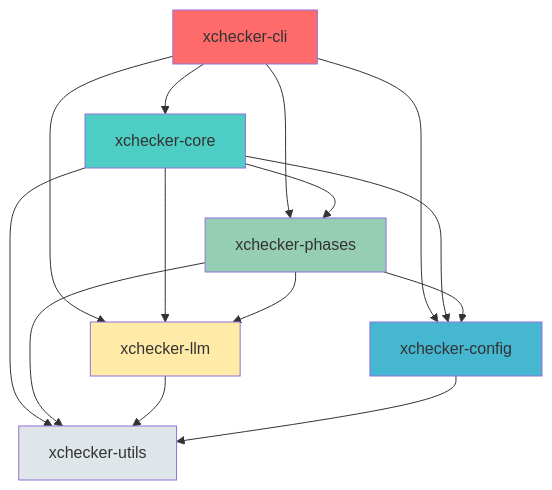
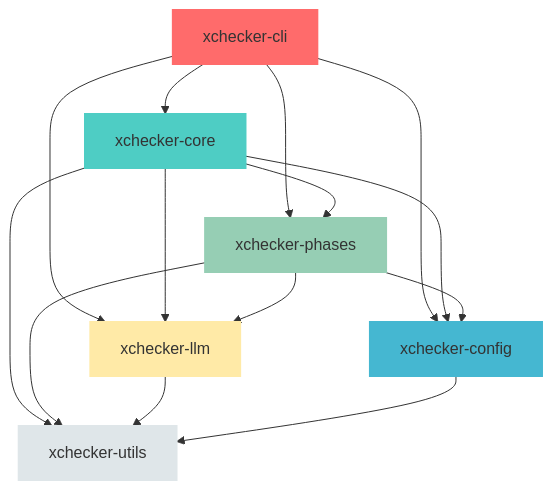
One commit to EffortlessMetrics/xchecker-dev changed the diagram in plans/modularization-report.md. Above: the diagram before and after it, drawn with Mermaid. The commit also changed other lines of this file and 5 other files, not shown here.

````diff
--- a/plans/modularization-report.md
+++ b/plans/modularization-report.md
@@ -168,27 +145,33 @@
 ```mermaid
 graph TD
     CLI[xchecker-cli] --> CORE[xchecker-core]
     CLI --> CONFIG[xchecker-config]
     CLI --> PHASES[xchecker-phases]
     CLI --> LLM[xchecker-llm]
     
     CORE --> CONFIG
     CORE --> PHASES
     CORE --> LLM
     CORE --> UTILS[xchecker-utils]
     
     PHASES --> CONFIG
     PHASES --> LLM
     PHASES --> UTILS
     
     LLM --> UTILS
-    
     CONFIG --> UTILS
     
     style CLI fill:#ff6b6b
     style CORE fill:#4ecdc4
     style CONFIG fill:#45b7d1
     style PHASES fill:#96ceb4
     style LLM fill:#ffeaa7
     style UTILS fill:#dfe6e9
+    
+    style CLI stroke:#ff6b6b,stroke-width:2px
+    style CORE stroke:#4ecdc4,stroke-width:2px
+    style CONFIG stroke:#45b7d1,stroke-width:2px
+    style PHASES stroke:#96ceb4,stroke-width:2px
+    style LLM stroke:#ffeaa7,stroke-width:2px
+    style UTILS stroke:#dfe6e9,stroke-width:2px
 ```
````
